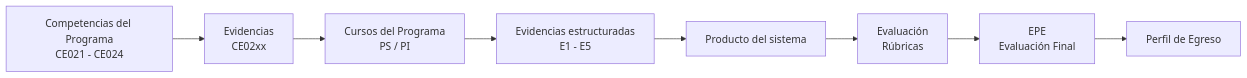
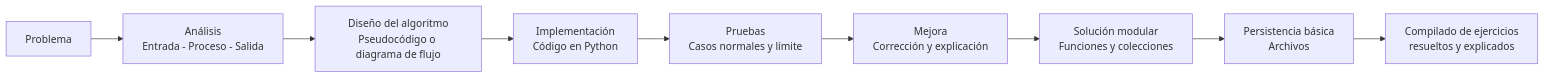
The diagram in docs/index.md (recursosdecursos/fp2026), drawn with Mermaid before and after one commit. The commit also changed 18 other files, not shown here.

````diff
--- a/docs/index.md
+++ b/docs/index.md
@@ -44,17 +44,19 @@
 ```mermaid
 flowchart LR
 
-A[Competencias del Programa<br>CE021 - CE024] --> B[Evidencias<br>CE02xx]
+A[Problema] --> B[Análisis<br>Entrada - Proceso - Salida]
 
-B --> C[Cursos del Programa<br>PS / PI]
+B --> C[Diseño del algoritmo<br>Pseudocódigo o diagrama de flujo]
 
-C --> D[Evidencias estructuradas<br>E1 - E5]
+C --> D[Implementación<br>Código en Python]
 
-D --> E[Producto del sistema]
+D --> E[Pruebas<br>Casos normales y límite]
 
-E --> F[Evaluación<br>Rúbricas]
+E --> F[Mejora<br>Corrección y explicación]
 
-F --> G[EPE<br>Evaluación Final]
+F --> G[Solución modular<br>Funciones y colecciones]
 
-G --> H[Perfil de Egreso]
+G --> H[Persistencia básica<br>Archivos]
+
+H --> I[Compilado de ejercicios<br>resueltos y explicados]
 ```
````
